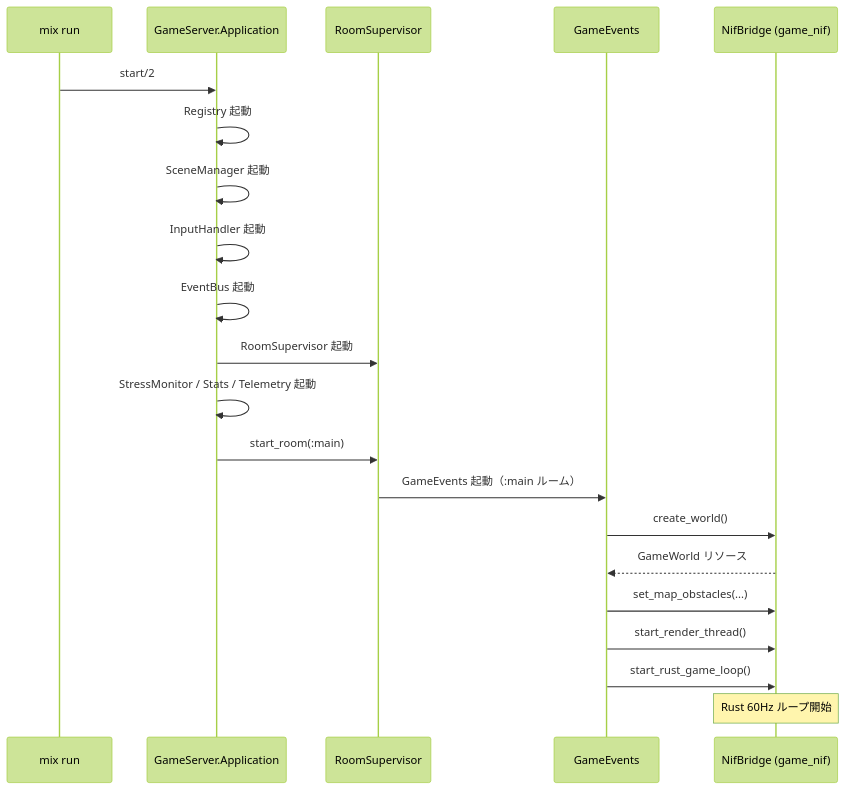
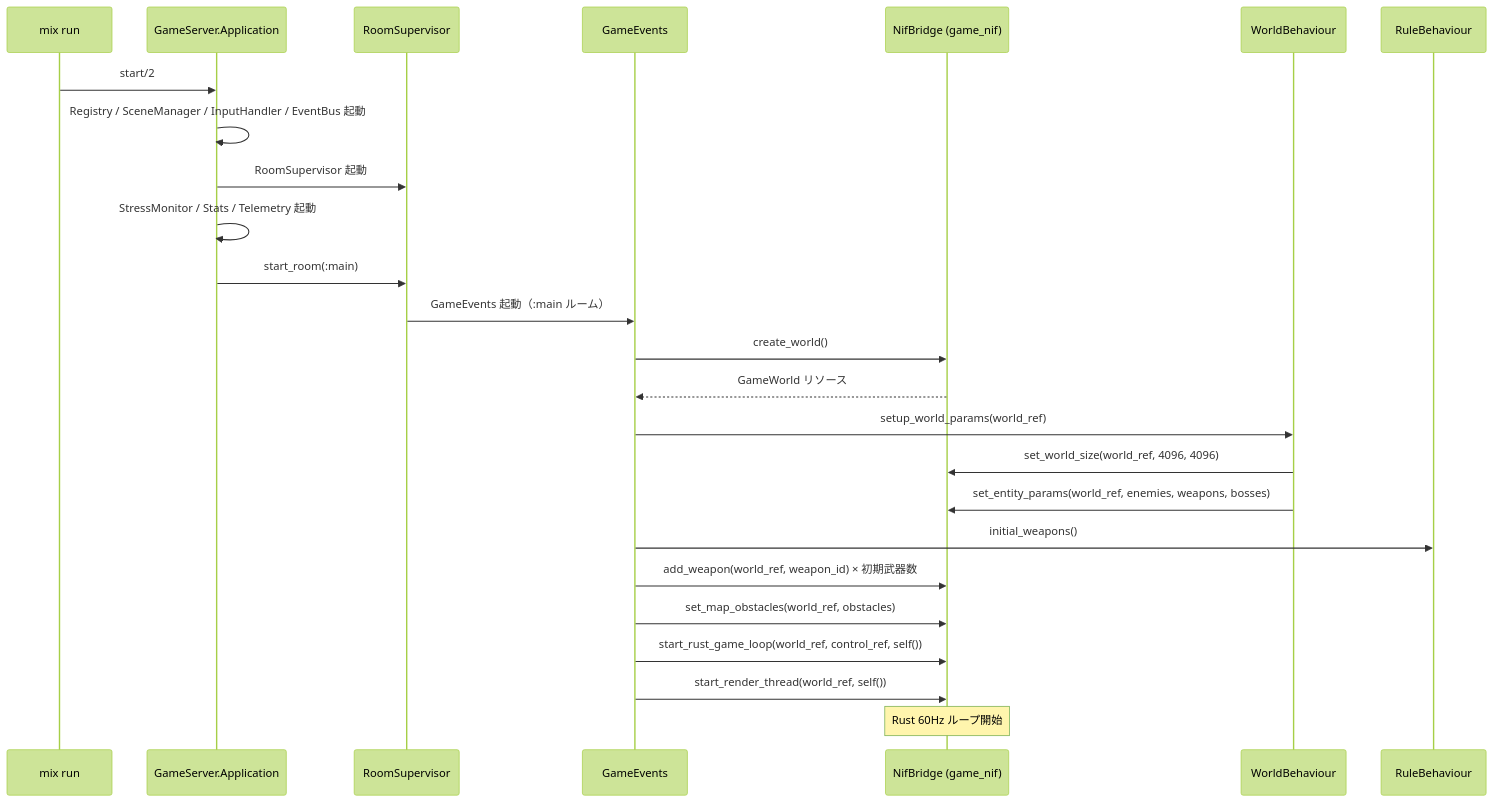
Before and after one commit to FRICK-ELDY/alchemy-engine: the first of 12 diagrams in docs/data-flow.md, drawn with Mermaid (forest theme). The commit also changed other lines of this file and 6 other files, not shown here.

````diff
--- a/docs/data-flow.md
+++ b/docs/data-flow.md
@@ -11,24 +11,28 @@
 ```mermaid
 sequenceDiagram
     participant MX as mix run
     participant APP as GameServer.Application
     participant RS as RoomSupervisor
     participant GEV as GameEvents
     participant NIF as NifBridge (game_nif)
+    participant WB as WorldBehaviour
+    participant RB as RuleBehaviour
 
     MX->>APP: start/2
-    APP->>APP: Registry 起動
-    APP->>APP: SceneManager 起動
-    APP->>APP: InputHandler 起動
-    APP->>APP: EventBus 起動
+    APP->>APP: Registry / SceneManager / InputHandler / EventBus 起動
     APP->>RS: RoomSupervisor 起動
     APP->>APP: StressMonitor / Stats / Telemetry 起動
     APP->>RS: start_room(:main)
     RS->>GEV: GameEvents 起動（:main ルーム）
     GEV->>NIF: create_world()
     NIF-->>GEV: GameWorld リソース
-    GEV->>NIF: set_map_obstacles(...)
-    GEV->>NIF: start_render_thread()
-    GEV->>NIF: start_rust_game_loop()
+    GEV->>WB: setup_world_params(world_ref)
+    WB->>NIF: set_world_size(world_ref, 4096, 4096)
+    WB->>NIF: set_entity_params(world_ref, enemies, weapons, bosses)
+    GEV->>RB: initial_weapons()
+    GEV->>NIF: add_weapon(world_ref, weapon_id) × 初期武器数
+    GEV->>NIF: set_map_obstacles(world_ref, obstacles)
+    GEV->>NIF: start_rust_game_loop(world_ref, control_ref, self())
+    GEV->>NIF: start_render_thread(world_ref, self())
     Note over NIF: Rust 60Hz ループ開始
 ```
````
